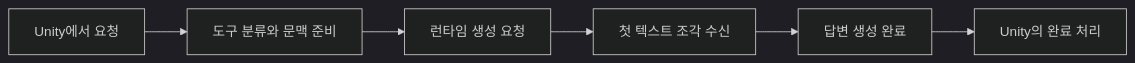
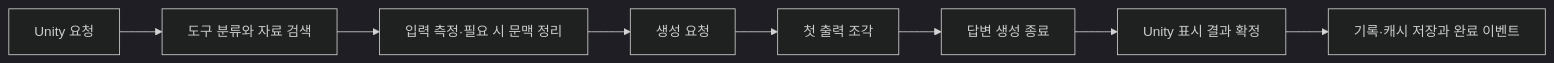
Before and after one commit to pysunn14/docs-beolmuri-ai: the diagram in src/content/docs/technical-series/optimization/context-and-latency.md, drawn with Mermaid (dark theme). The commit also changed other lines of this file and 21 other files, not shown here.

Commit message:
docs: refresh shared runtime, dialogue and memory architecture

````diff
--- a/src/content/docs/technical-series/optimization/context-and-latency.md
+++ b/src/content/docs/technical-series/optimization/context-and-latency.md
@@ -30,8 +48,10 @@
 ```mermaid
 flowchart LR
-    A[Unity에서 요청] --> B[도구 분류와 문맥 준비]
-    B --> C[런타임 생성 요청]
-    C --> D[첫 텍스트 조각 수신]
-    D --> E[답변 생성 완료]
-    E --> F[Unity의 완료 처리]
+    A[Unity 요청] --> B[도구 분류와 자료 검색]
+    B --> C[입력 측정·필요 시 문맥 정리]
+    C --> D[생성 요청]
+    D --> E[첫 출력 조각]
+    E --> F[답변 생성 종료]
+    F --> G[Unity 표시 결과 확정]
+    G --> H[기록·캐시 저장과 완료 이벤트]
 ```
````
